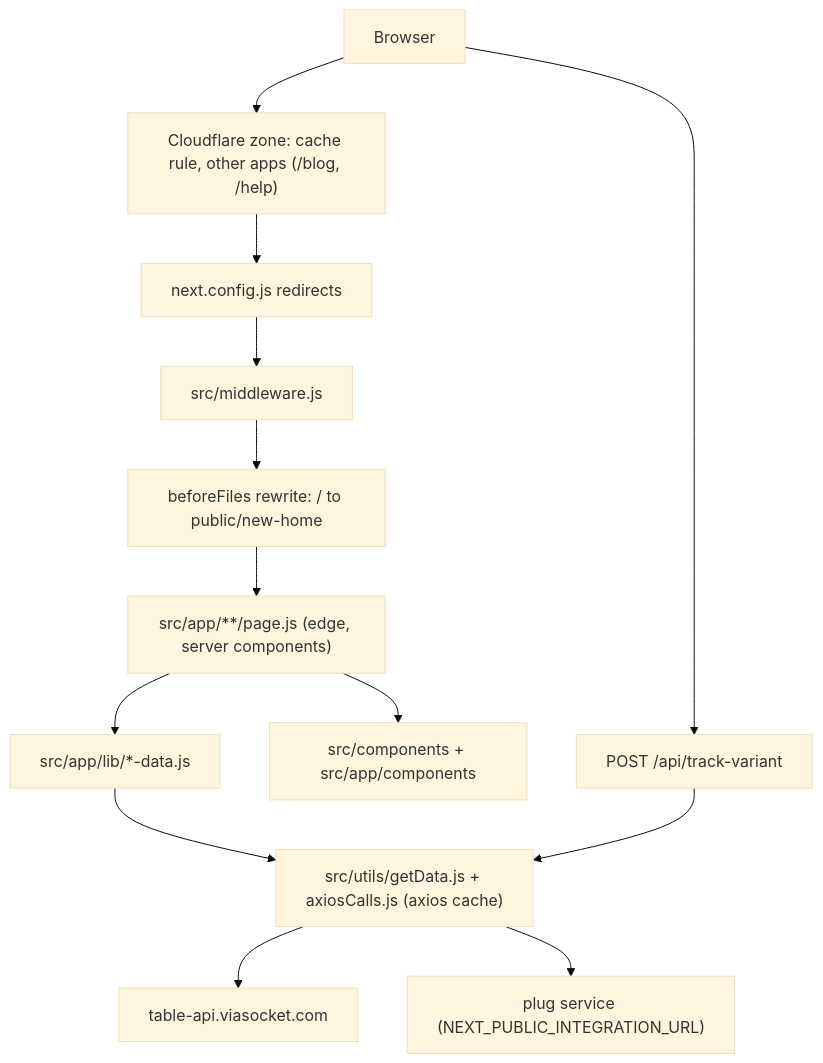
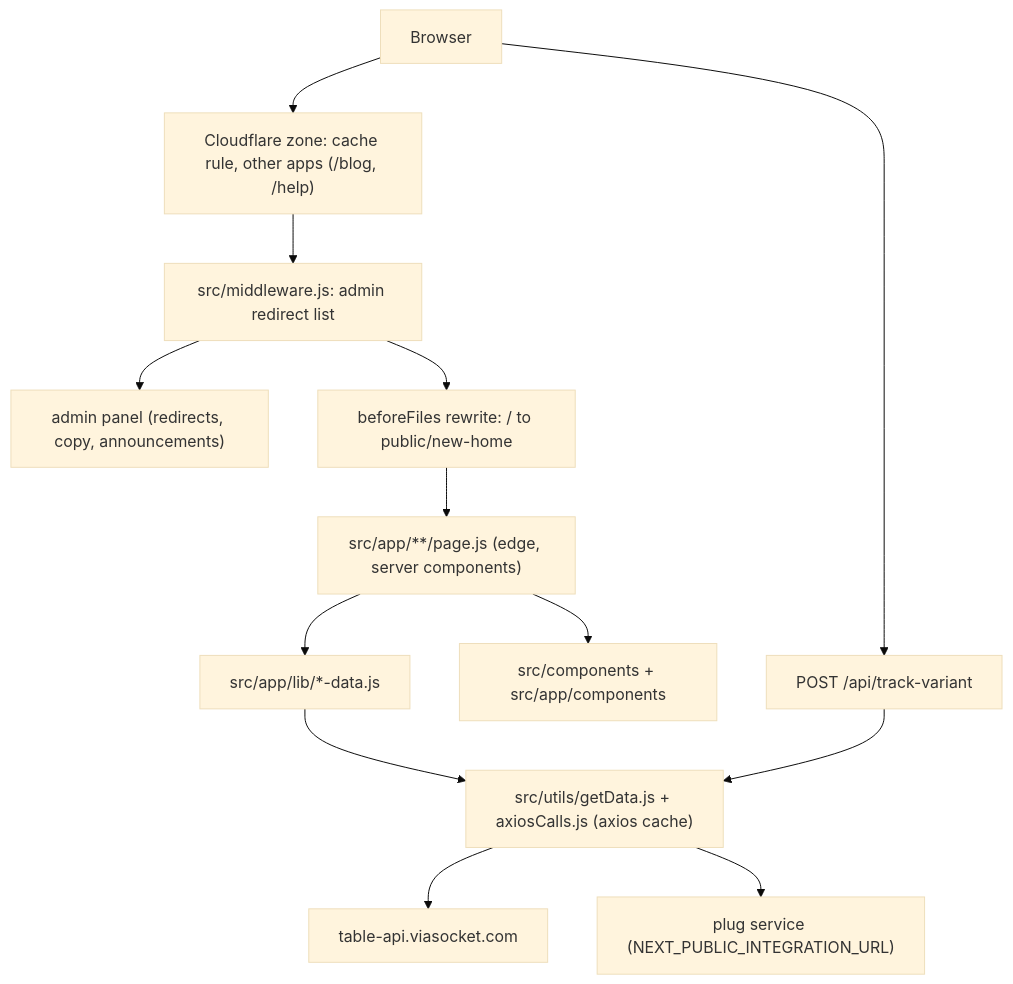
One commit to Walkover-Web-Solution/viasocket changed the diagram in docs/ARCHITECTURE.md. Above: the diagram before and after it, drawn with Mermaid (base theme). The commit also changed other lines of this file and 13 other files, not shown here.

````diff
--- a/docs/ARCHITECTURE.md
+++ b/docs/ARCHITECTURE.md
@@ -16,15 +16,15 @@
 ```mermaid
 graph TD
     B["Browser"] --> CF["Cloudflare zone: cache rule, other apps (/blog, /help)"]
-    CF --> NC["next.config.js redirects"]
-    NC --> MW["src/middleware.js"]
+    CF --> MW["src/middleware.js: admin redirect list"]
+    MW --> AD["admin panel (redirects, copy, announcements)"]
     MW --> RW["beforeFiles rewrite: / to public/new-home"]
     RW --> P["src/app/**/page.js (edge, server components)"]
     P --> L["src/app/lib/*-data.js"]
     L --> AX["src/utils/getData.js + axiosCalls.js (axios cache)"]
     AX --> T["table-api.viasocket.com"]
     AX --> PS["plug service (NEXT_PUBLIC_INTEGRATION_URL)"]
     P --> C["src/components + src/app/components"]
     B --> TV["POST /api/track-variant"]
     TV --> AX
 ```
````
